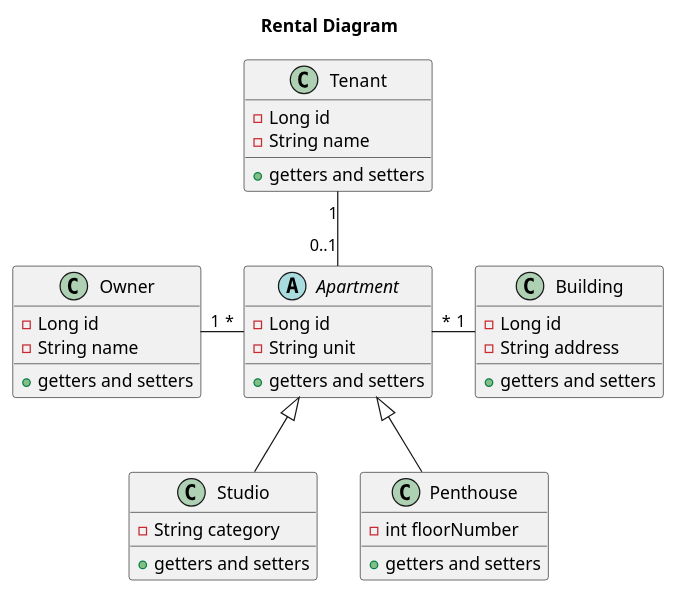
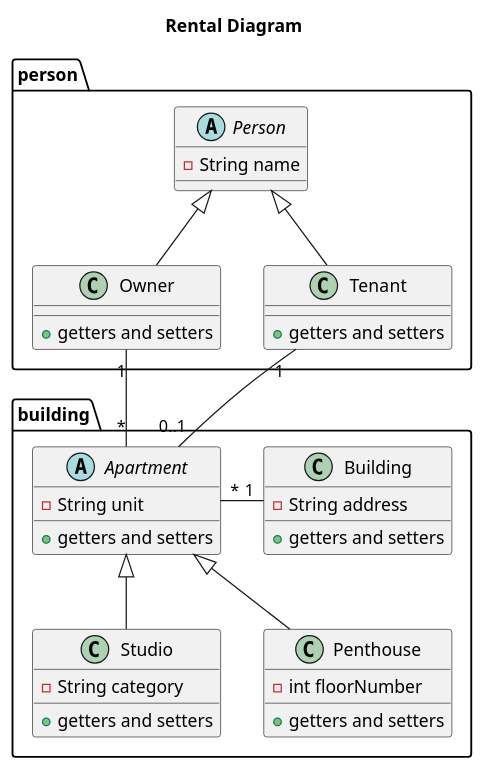
Before and after one commit to siarhei/java8: the diagram in interview/src/main/resources/rental-class-diagram.puml, drawn with PlantUML. The commit also changed 8 other files, not shown here.

```diff
--- a/interview/src/main/resources/rental-class-diagram.puml
+++ b/interview/src/main/resources/rental-class-diagram.puml
@@ -1,45 +1,50 @@
 @startuml
 
 title Rental Diagram
 
-abstract class Apartment {
-  - Long id
-  - String unit
-  + {method} getters and setters
+package person {
+    abstract class Person {
+      - String name
+    }
+
+    class Tenant {
+      + {method} getters and setters
+    }
+
+    class Owner {
+      + {method} getters and setters
+    }
+
 }
 
-class Building {
-  - Long id
-  - String address
-  + {method} getters and setters
+package building {
+    abstract class Apartment {
+      - String unit
+      + {method} getters and setters
+    }
+
+    class Building {
+      - String address
+      + {method} getters and setters
+    }
+
+    class Studio {
+      - String category
+      + {method} getters and setters
+    }
+
+    class Penthouse {
+      - int floorNumber
+      + {method} getters and setters
+    }
 }
 
-class Tenant {
-  - Long id
-  - String name
-  + {method} getters and setters
-}
-
-class Owner {
-  - Long id
-  - String name
-  + {method} getters and setters
-}
-
-class Studio {
-  - String category
-  + {method} getters and setters
-}
-
-class Penthouse {
-  - int floorNumber
-  + {method} getters and setters
-}
-
+Person <|-- Tenant
+Person <|-- Owner
 Tenant "1" -down- "0..1" Apartment
 Owner "1" -right- "*" Apartment
 Apartment "*" -right- "1" Building
 Studio -up-|> Apartment
 Penthouse -up-|> Apartment
 
 @enduml
```
